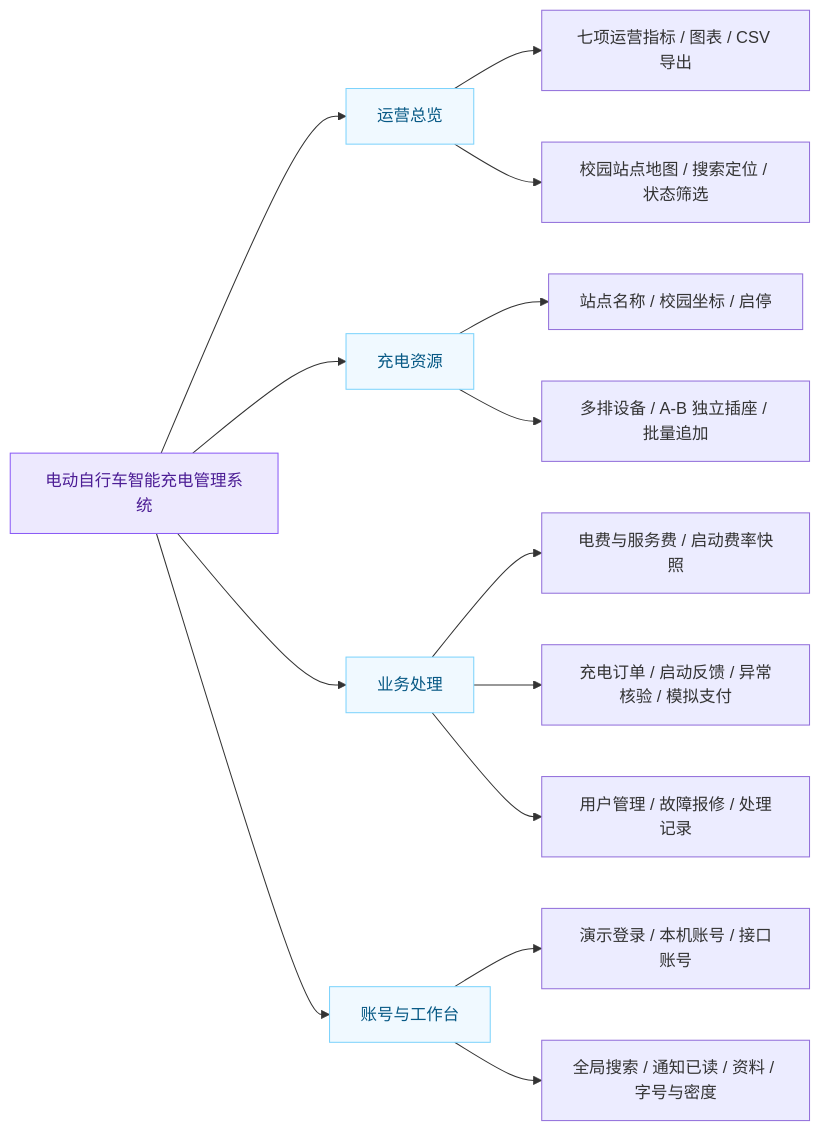
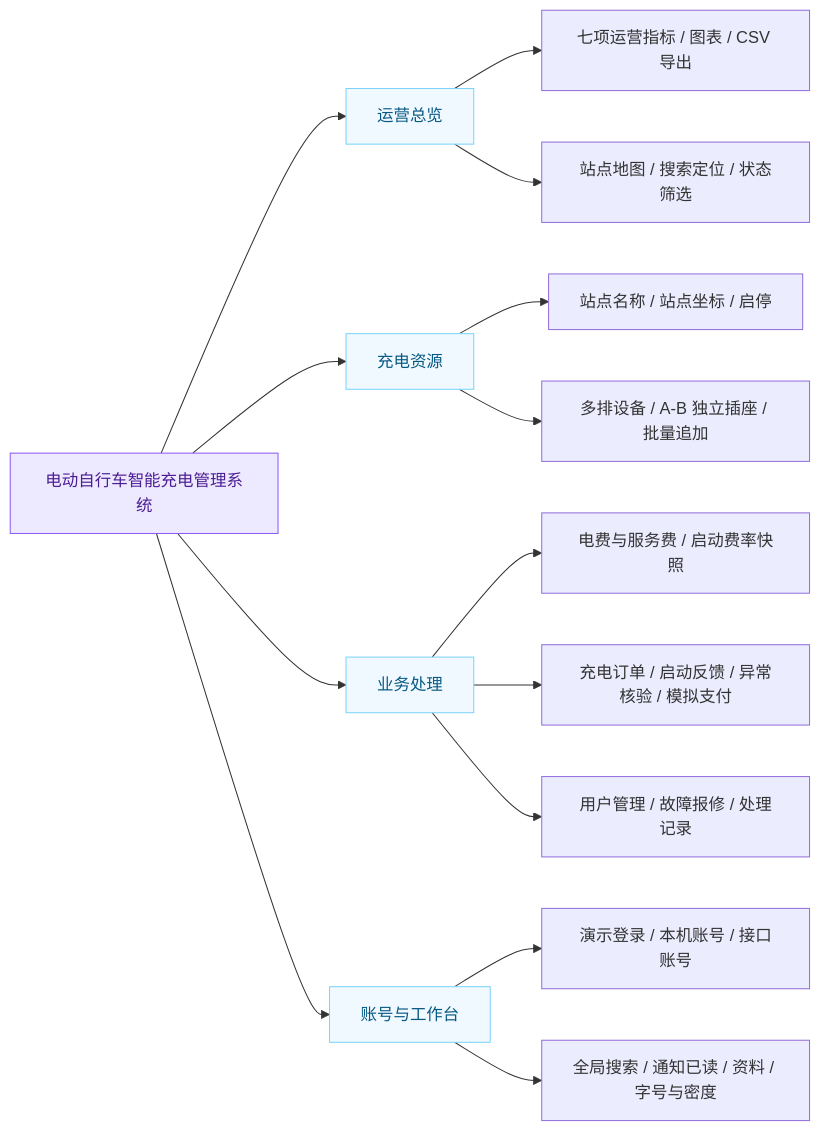
One commit to ifox-hu/campus-ebike-charging changed the diagram in docs/diagrams/modules.mmd. Above: the diagram before and after it, drawn with Mermaid. The commit also changed 3 other files, not shown here.

```diff
--- a/docs/diagrams/modules.mmd
+++ b/docs/diagrams/modules.mmd
@@ -1,19 +1,19 @@
 flowchart LR
   Root["电动自行车智能充电管理系统"]
   Root --> Operations["运营总览"]
   Root --> Resources["充电资源"]
   Root --> Business["业务处理"]
   Root --> Tools["账号与工作台"]
   Operations --> Metrics["七项运营指标 / 图表 / CSV 导出"]
-  Operations --> Map["校园站点地图 / 搜索定位 / 状态筛选"]
-  Resources --> Sites["站点名称 / 校园坐标 / 启停"]
+  Operations --> Map["站点地图 / 搜索定位 / 状态筛选"]
+  Resources --> Sites["站点名称 / 站点坐标 / 启停"]
   Resources --> Layout["多排设备 / A-B 独立插座 / 批量追加"]
   Business --> Rates["电费与服务费 / 启动费率快照"]
   Business --> Orders["充电订单 / 启动反馈 / 异常核验 / 模拟支付"]
   Business --> Repairs["用户管理 / 故障报修 / 处理记录"]
   Tools --> Login["演示登录 / 本机账号 / 接口账号"]
   Tools --> Utilities["全局搜索 / 通知已读 / 资料 / 字号与密度"]
   classDef main fill:#ede9fe,stroke:#8b5cf6,color:#4c1d95
   classDef branch fill:#f0f9ff,stroke:#7dd3fc,color:#075985
   class Root main
   class Operations,Resources,Business,Tools branch
```
